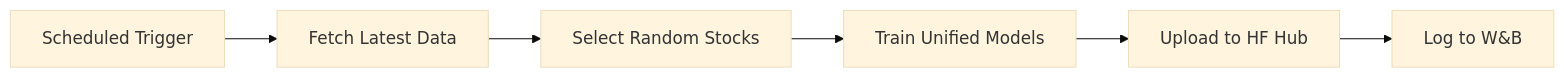
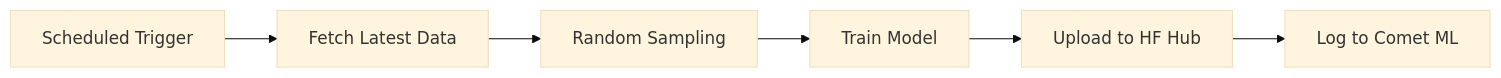
Before and after one commit to MeridianAlgo/AraAI: the diagram in README.md, drawn with Mermaid (base theme). The commit also changed other lines of this file and 11 other files, not shown here.

````diff
--- a/README.md
+++ b/README.md
@@ -149,8 +176,8 @@
 ```mermaid
 graph LR
     A[Scheduled Trigger] --> B[Fetch Latest Data]
-    B --> C[Select Random Stocks]
-    C --> D[Train Unified Models]
+    B --> C[Random Sampling]
+    C --> D[Train Model]
     D --> E[Upload to HF Hub]
-    E --> F[Log to W&B]
+    E --> F[Log to Comet ML]
 ```
````
